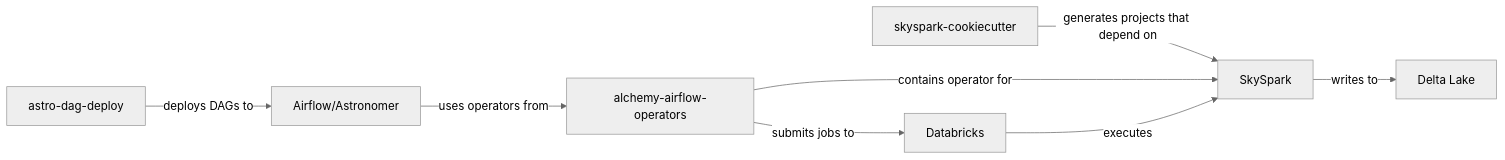
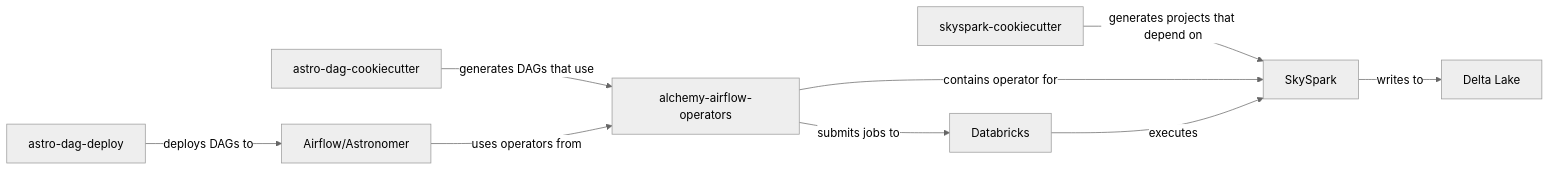
Before and after one commit to GC1-dev/agentic-data-engineer: the first of 4 diagrams in docs/migration/skyspark_architecture/DEPLOYMENT_WORKFLOWS.md, drawn with Mermaid (neutral theme). The commit also changed other lines of this file and 7 other files, not shown here.

Commit message:
Add astro-dag-cookiecutter into picture

````diff
--- a/docs/migration/skyspark_architecture/DEPLOYMENT_WORKFLOWS.md
+++ b/docs/migration/skyspark_architecture/DEPLOYMENT_WORKFLOWS.md
@@ -7,10 +7,11 @@
 ```mermaid
 graph LR
     A[skyspark-cookiecutter] -->|generates projects that depend on| B[SkySpark]
-    C[alchemy-airflow-operators] -->|contains operator for| B
+    A2[astro-dag-cookiecutter] -->|generates DAGs that use| C[alchemy-airflow-operators]
+    C -->|contains operator for| B
     C -->|submits jobs to| D[Databricks]
     E[astro-dag-deploy] -->|deploys DAGs to| F[Airflow/Astronomer]
     F -->|uses operators from| C
     D -->|executes| B
     B -->|writes to| G[Delta Lake]
 ```
````
